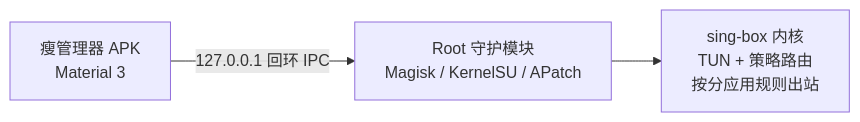
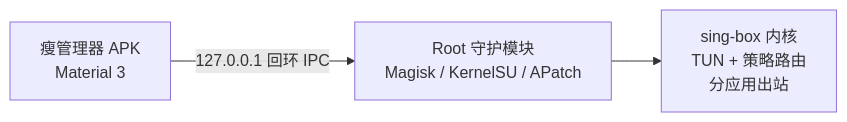
One commit to Wuwan94/wanBoxForAndroid changed the diagram in README.md. Above: the diagram before and after it, drawn with Mermaid.

Commit message:
docs: 收尾架构图末节点文字换行

````diff
--- a/README.md
+++ b/README.md
@@ -81,5 +81,5 @@
 ```mermaid
 flowchart LR
     M["瘦管理器 APK<br/>Material 3"] -->|"127.0.0.1 回环 IPC"| G["Root 守护模块<br/>Magisk / KernelSU / APatch"]
-    G --> K["sing-box 内核<br/>TUN + 策略路由<br/>按分应用规则出站"]
+    G --> K["sing-box 内核<br/>TUN + 策略路由<br/>分应用出站"]
 ```
````
